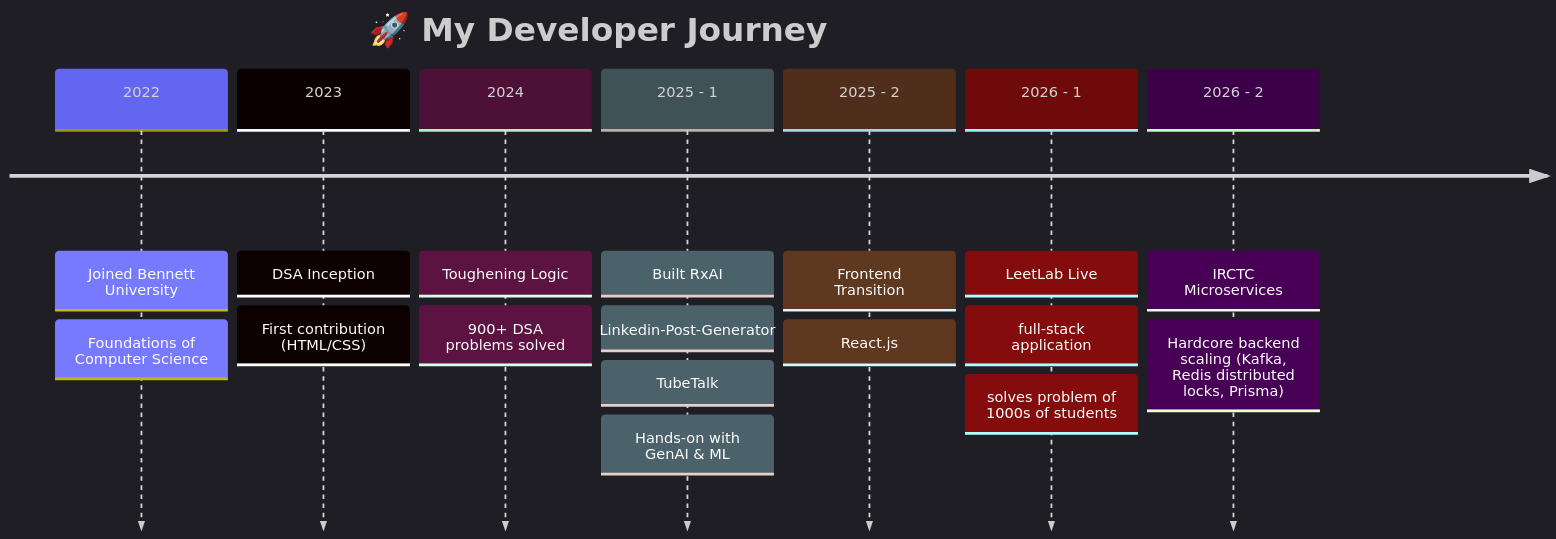
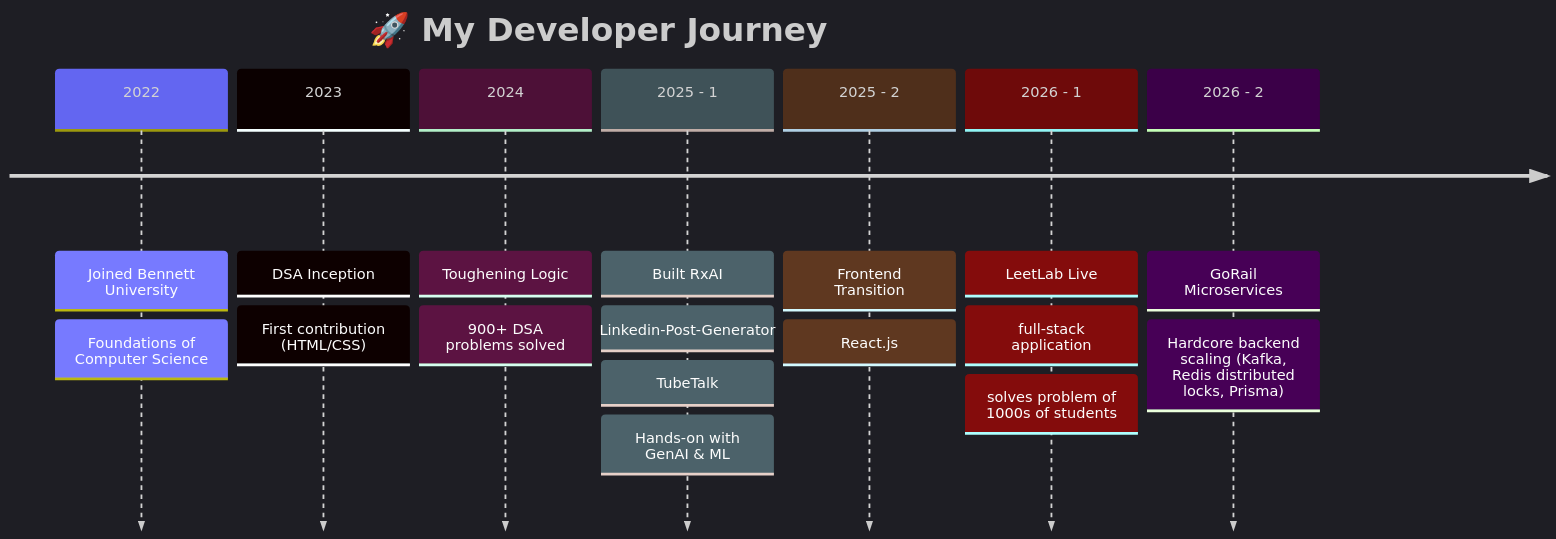
The diagram in README.md (Uzmaa7/Uzmaa7), drawn with Mermaid before and after one commit.

````diff
--- a/README.md
+++ b/README.md
@@ -182,12 +182,12 @@
 ```mermaid
 %%{init: {'theme':'dark','themeVariables':{'primaryColor':'#6366f1','primaryTextColor':'#fff','lineColor':'#38bdf8'}}}%%
 timeline
     title 🚀 My Developer Journey
     2022 : Joined Bennett University : Foundations of Computer Science
     2023 : DSA Inception : First contribution (HTML/CSS)
     2024 : Toughening Logic : 900+ DSA problems solved
     2025 - 1 : Built RxAI : Linkedin-Post-Generator : TubeTalk : Hands-on with GenAI & ML
     2025 - 2 : Frontend Transition : React.js
     2026 - 1 : LeetLab Live : full-stack application : solves problem of 1000s of students 
-    2026 - 2 : IRCTC Microservices : Hardcore backend scaling (Kafka, Redis distributed locks, Prisma)
+    2026 - 2 : GoRail Microservices : Hardcore backend scaling (Kafka, Redis distributed locks, Prisma)
 ```
````
